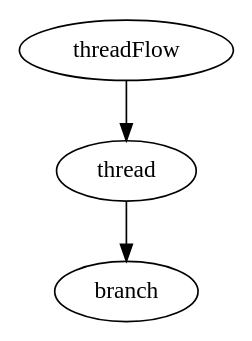
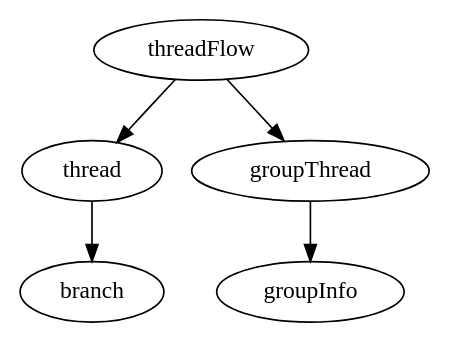
Before and after one commit to DeveloperPalmer/clarify-android: the diagram in feature/chat-thread/routing/src/main/way/thread_flow.dot, drawn with Graphviz. The commit also changed 5 other files, not shown here.

Commit message:
[routing] Fork thread flow by target type and route group screens

```diff
--- a/feature/chat-thread/routing/src/main/way/thread_flow.dot
+++ b/feature/chat-thread/routing/src/main/way/thread_flow.dot
@@ -1,16 +1,17 @@
 digraph ThreadFlow {
   package = "ru.sla.clarify.feature.chat.thread.routing"
 
   threadFlow [
     type = "flow"
-    parameterName = "id"
-    parameterType = "ru.sla.clarify.feature.entity.chat.Peer.Id"
+    parameterName = "target"
+    parameterType = "ru.sla.clarify.feature.chat.thread.domain.entity.ThreadTarget"
   ]
 
   branch [
     parameterName = "id",
     parameterType = "ru.sla.clarify.feature.chat.thread.domain.entity.Branch.Id"
   ]
 
   threadFlow -> thread -> branch
+  threadFlow -> groupThread -> groupInfo
 }
```
